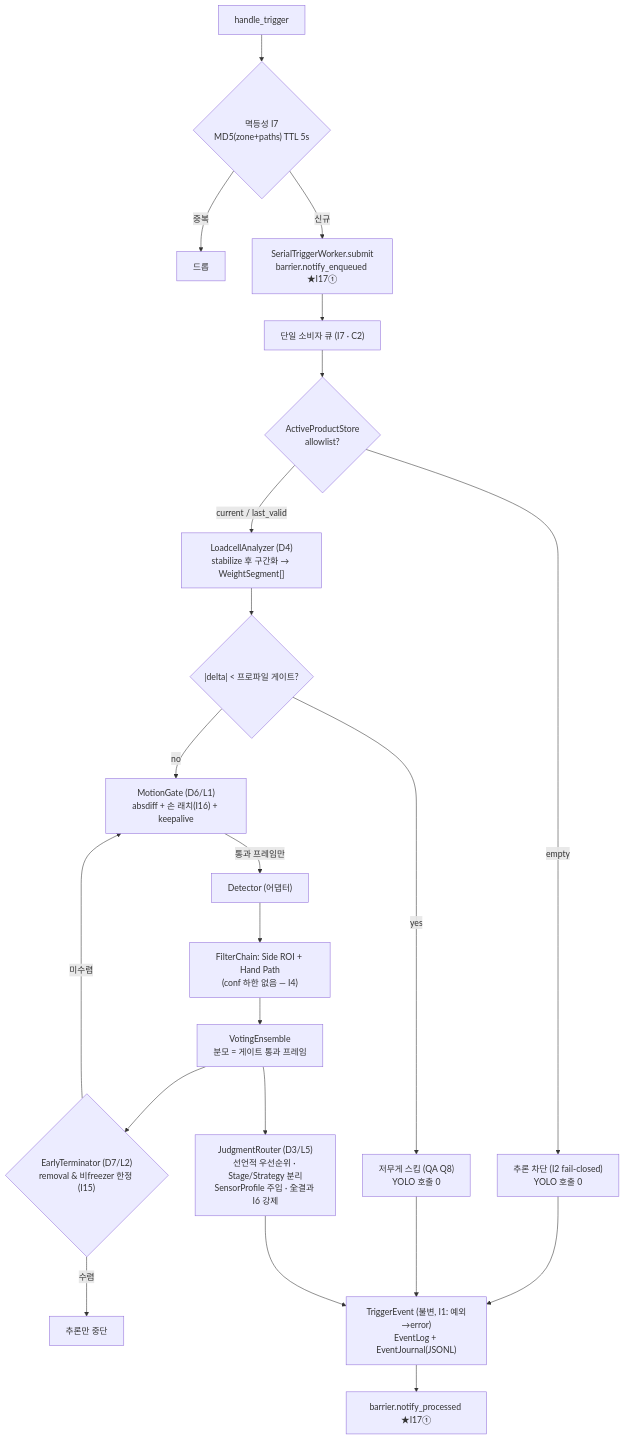
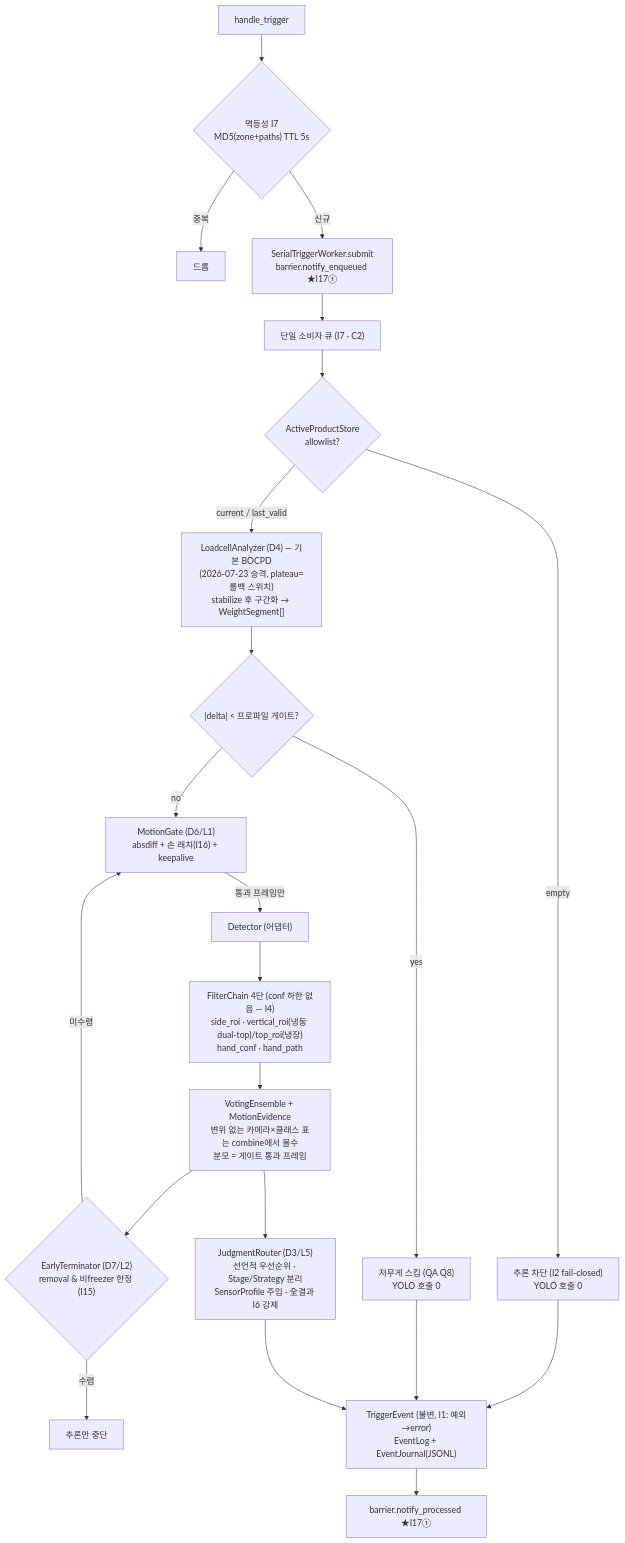
One commit to CHAI-Student/CRK-model-HG changed the second of 5 diagrams in README.md. Above: the diagram before and after it, drawn with Mermaid. The commit also changed other lines of this file and 12 other files, not shown here.

````diff
--- a/README.md
+++ b/README.md
@@ -346,27 +347,27 @@
 ```mermaid
 flowchart TD
     T["handle_trigger"] --> IDEM{"멱등성 I7<br/>MD5(zone+paths) TTL 5s"}
     IDEM -- 중복 --> DROP["드롭"]
     IDEM -- 신규 --> ENQ["SerialTriggerWorker.submit<br/>barrier.notify_enqueued ★I17①"]
     ENQ --> Q["단일 소비자 큐 (I7 · C2)"]
 
     Q --> SNAP{"ActiveProductStore<br/>allowlist?"}
     SNAP -- "empty" --> FC["추론 차단 (I2 fail-closed)<br/>YOLO 호출 0"]
-    SNAP -- "current / last_valid" --> LC["LoadcellAnalyzer (D4)<br/>stabilize 후 구간화 → WeightSegment[]"]
+    SNAP -- "current / last_valid" --> LC["LoadcellAnalyzer (D4) — 기본 BOCPD<br/>(2026-07-23 승격, plateau=롤백 스위치)<br/>stabilize 후 구간화 → WeightSegment[]"]
 
     LC --> LW{"|delta| < 프로파일 게이트?"}
     LW -- yes --> SKIP["저무게 스킵 (QA Q8)<br/>YOLO 호출 0"]
     LW -- no --> MG["MotionGate (D6/L1)<br/>absdiff + 손 래치(I16) + keepalive"]
     MG -- 통과 프레임만 --> DET["Detector (어댑터)"]
-    DET --> FILT["FilterChain: Side ROI + Hand Path<br/>(conf 하한 없음 — I4)"]
-    FILT --> VOTE["VotingEnsemble<br/>분모 = 게이트 통과 프레임"]
+    DET --> FILT["FilterChain 4단 (conf 하한 없음 — I4)<br/>side_roi · vertical_roi(냉동 dual-top)/top_roi(냉장)<br/>hand_conf · hand_path"]
+    FILT --> VOTE["VotingEnsemble + MotionEvidence<br/>변위 없는 카메라×클래스 표는 combine에서 몰수<br/>분모 = 게이트 통과 프레임"]
     VOTE --> ET{"EarlyTerminator (D7/L2)<br/>removal & 비freezer 한정 (I15)"}
     ET -- 수렴 --> STOP["추론만 중단"]
     ET -- 미수렴 --> MG
 
     VOTE --> RT["JudgmentRouter (D3/L5)<br/>선언적 우선순위 · Stage/Strategy 분리<br/>SensorProfile 주입 · 全결과 I6 강제"]
     FC --> EV
     SKIP --> EV
     RT --> EV["TriggerEvent (불변, I1: 예외→error)<br/>EventLog + EventJournal(JSONL)"]
     EV --> PROC["barrier.notify_processed ★I17①"]
 ```
````
